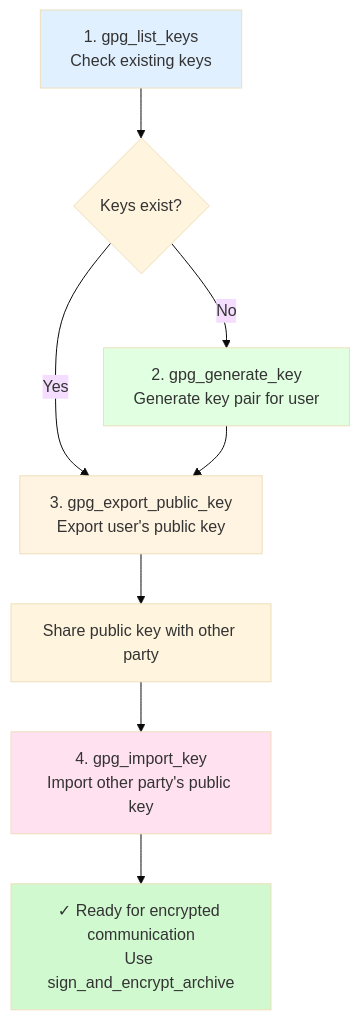
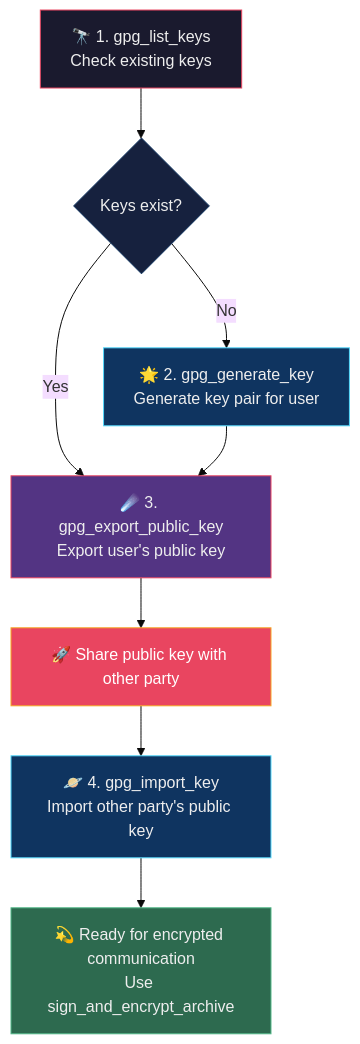
Before and after one commit to 8r4n/zstar-mcp-server: the first of 3 diagrams in README.md, drawn with Mermaid (base theme). The commit also changed other lines of this file, not shown here.

Commit message:
docs: galactic Mermaid color scheme, marketing pitch, and updated tagline

````diff
--- a/README.md
+++ b/README.md
@@ -321,16 +344,18 @@
 ```mermaid
 flowchart TD
-    A["1. gpg_list_keys\nCheck existing keys"] --> B{Keys exist?}
-    B -->|No| C["2. gpg_generate_key\nGenerate key pair for user"]
-    B -->|Yes| D["3. gpg_export_public_key\nExport user's public key"]
+    A["🔭 1. gpg_list_keys\nCheck existing keys"] --> B{Keys exist?}
+    B -->|No| C["🌟 2. gpg_generate_key\nGenerate key pair for user"]
+    B -->|Yes| D["☄️ 3. gpg_export_public_key\nExport user's public key"]
     C --> D
-    D --> E["Share public key with other party"]
-    E --> F["4. gpg_import_key\nImport other party's public key"]
-    F --> G["✓ Ready for encrypted communication\nUse sign_and_encrypt_archive"]
+    D --> E["🚀 Share public key with other party"]
+    E --> F["🪐 4. gpg_import_key\nImport other party's public key"]
+    F --> G["💫 Ready for encrypted communication\nUse sign_and_encrypt_archive"]
 
-    style A fill:#e1f0ff
-    style C fill:#e1ffe1
-    style D fill:#fff3e1
-    style F fill:#ffe1f0
-    style G fill:#d0f9d0
+    style A fill:#1a1a2e,stroke:#e94560,color:#eee
+    style B fill:#16213e,stroke:#0f3460,color:#eee
+    style C fill:#0f3460,stroke:#53d8fb,color:#eee
+    style D fill:#533483,stroke:#e94560,color:#eee
+    style E fill:#e94560,stroke:#f5a623,color:#fff
+    style F fill:#0f3460,stroke:#53d8fb,color:#eee
+    style G fill:#2d6a4f,stroke:#52b788,color:#eee
 ```
````
